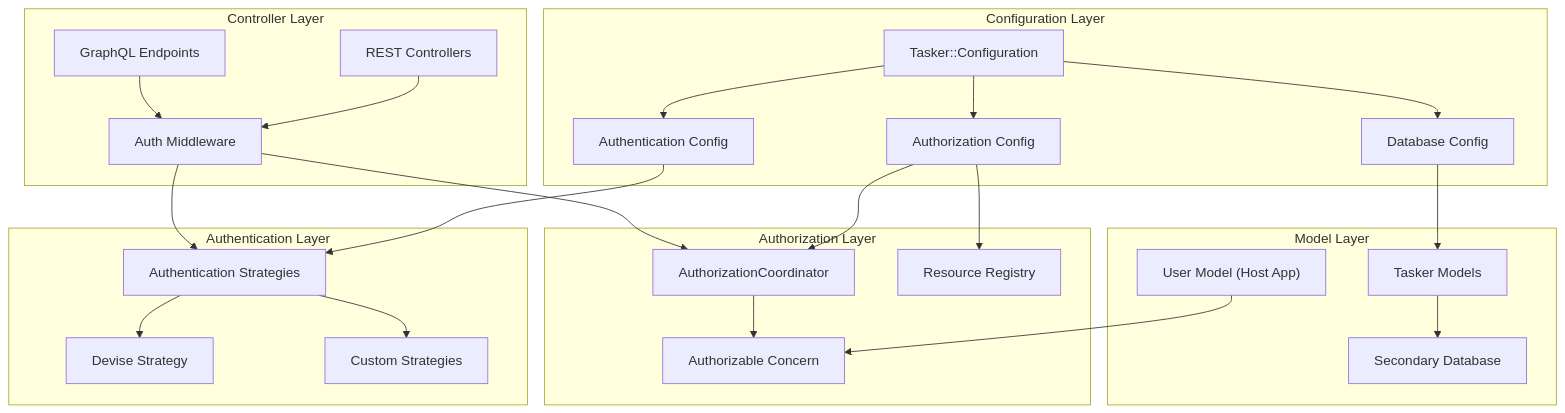
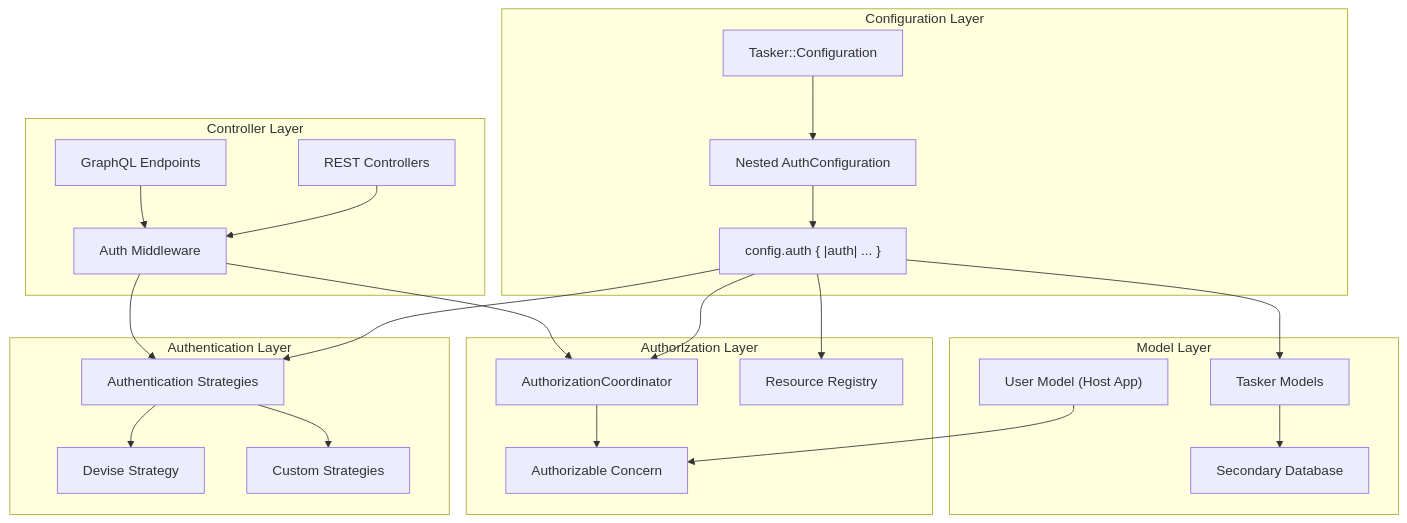
Before and after one commit to jcoletaylor/tasker: the diagram in docs/CONFIG_BACKED_AUTH_AND_DB.md, drawn with Mermaid. The commit also changed other lines of this file and 193 other files, not shown here.

Commit message:
updating our config strategy before we start with auth and db tests

````diff
--- a/docs/CONFIG_BACKED_AUTH_AND_DB.md
+++ b/docs/CONFIG_BACKED_AUTH_AND_DB.md
@@ -17,55 +27,53 @@
 ```mermaid
 flowchart TB
     subgraph Config["Configuration Layer"]
         TaskerConfig["Tasker::Configuration"]
-        AuthConfig["Authentication Config"]
-        AuthzConfig["Authorization Config"]
-        DBConfig["Database Config"]
+        AuthConfig["Nested AuthConfiguration"]
+        AuthConfigBLK["config.auth { |auth| ... }"]
     end
 
     subgraph Auth["Authentication Layer"]
         AuthStrategies["Authentication Strategies"]
         DeviseStrategy["Devise Strategy"]
         CustomStrategy["Custom Strategies"]
     end
 
     subgraph Authz["Authorization Layer"]
         AuthzCoordinator["AuthorizationCoordinator"]
         ResourceRegistry["Resource Registry"]
         Authorizable["Authorizable Concern"]
     end
 
     subgraph Controllers["Controller Layer"]
         RESTControllers["REST Controllers"]
         GraphQLEndpoints["GraphQL Endpoints"]
         AuthMiddleware["Auth Middleware"]
     end
 
     subgraph Models["Model Layer"]
         TaskerModels["Tasker Models"]
         UserModel["User Model (Host App)"]
         SecondaryDB["Secondary Database"]
     end
 
     TaskerConfig --> AuthConfig
-    TaskerConfig --> AuthzConfig
-    TaskerConfig --> DBConfig
+    AuthConfig --> AuthConfigBLK
 
-    AuthConfig --> AuthStrategies
+    AuthConfigBLK --> AuthStrategies
     AuthStrategies --> DeviseStrategy
     AuthStrategies --> CustomStrategy
 
-    AuthzConfig --> AuthzCoordinator
-    AuthzConfig --> ResourceRegistry
+    AuthConfigBLK --> AuthzCoordinator
+    AuthConfigBLK --> ResourceRegistry
 
     AuthzCoordinator --> Authorizable
     UserModel --> Authorizable
 
     RESTControllers --> AuthMiddleware
     GraphQLEndpoints --> AuthMiddleware
     AuthMiddleware --> AuthStrategies
     AuthMiddleware --> AuthzCoordinator
 
-    DBConfig --> TaskerModels
+    AuthConfigBLK --> TaskerModels
     TaskerModels --> SecondaryDB
 ```
````
